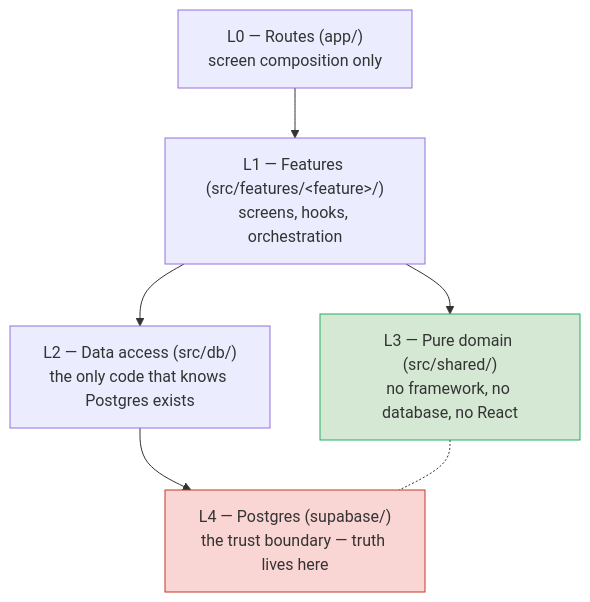
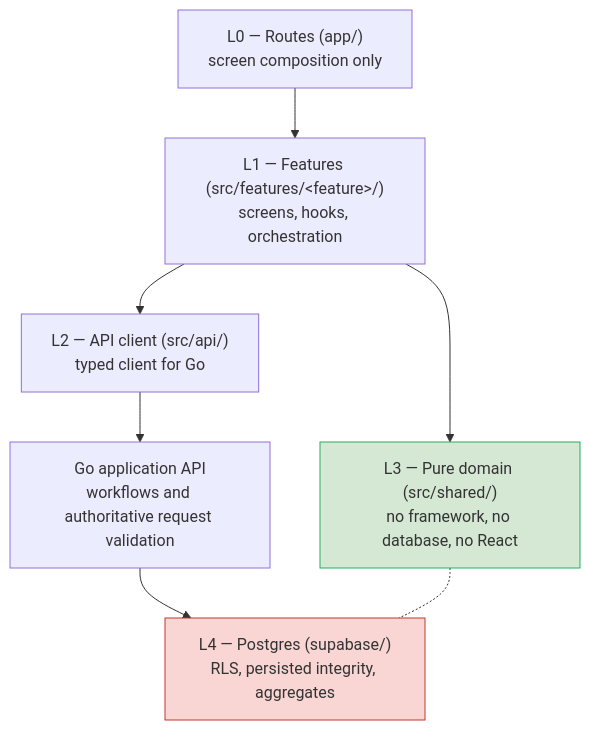
Before and after one commit to ehsanpanahy/PersonalExpenditure: the diagram in docs/MODULE_VIEW.md, drawn with Mermaid. The commit also changed other lines of this file and 25 other files, not shown here.

````diff
--- a/docs/MODULE_VIEW.md
+++ b/docs/MODULE_VIEW.md
@@ -22,17 +23,18 @@
 ```mermaid
 graph TD
     L0["L0 — Routes (app/)<br/>screen composition only"]
     L1["L1 — Features (src/features/&lt;feature&gt;/)<br/>screens, hooks, orchestration"]
-    L2["L2 — Data access (src/db/)<br/>the only code that knows Postgres exists"]
+    L2["L2 — API client (src/api/)<br/>typed client for Go"]
     L3["L3 — Pure domain (src/shared/)<br/>no framework, no database, no React"]
-    L4["L4 — Postgres (supabase/)<br/>the trust boundary — truth lives here"]
+    L4["L4 — Postgres (supabase/)<br/>RLS, persisted integrity, aggregates"]
 
     L0 --> L1
     L1 --> L2
-    L2 --> L4
+    L2 --> Go["Go application API<br/>workflows and authoritative request validation"]
+    Go --> L4
     L1 --> L3
     L3 -.- L4
 
     style L4 fill:#f9d5d3,stroke:#c0392b
     style L3 fill:#d5e8d4,stroke:#27ae60
 ```
````
